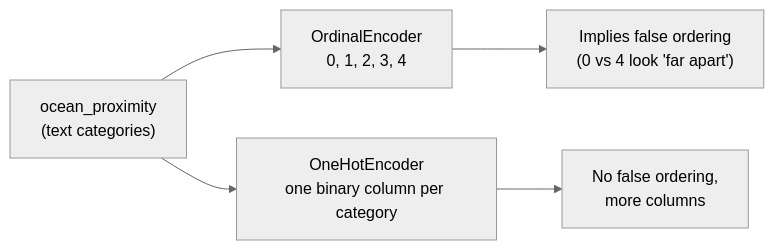
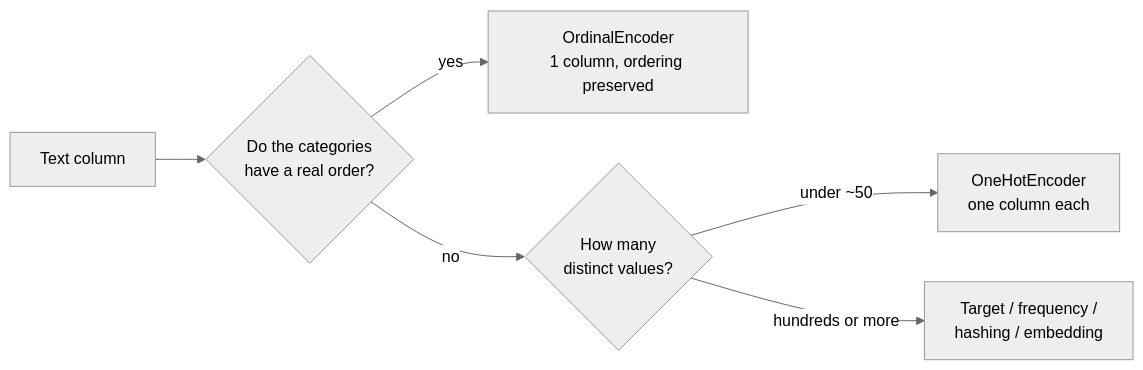
One commit to Ravikisha/PythonCentralHub changed the diagram in src/content/docs/Machine Learning/Phase 02 - Data Preprocessing & Feature Engineering/Handling Text & Categorical Attributes.mdx. Above: the diagram before and after it, drawn with Mermaid (neutral theme). The commit also changed other lines of this file and 1327 other files, not shown here.

````diff
--- a/src/content/docs/Machine Learning/Phase 02 - Data Preprocessing & Feature Engineering/Handling Text & Categorical Attributes.mdx
+++ b/src/content/docs/Machine Learning/Phase 02 - Data Preprocessing & Feature Engineering/Handling Text & Categorical Attributes.mdx
@@ -70,7 +31,8 @@
-```mermaid title="Ordinal vs. one-hot encoding" desc="Same categorical column, two very different numeric representations."
+```mermaid
 flowchart LR
-  A["ocean_proximity<br/>(text categories)"] --> B["OrdinalEncoder<br/>0, 1, 2, 3, 4"]
-  A --> C["OneHotEncoder<br/>one binary column per category"]
-  B --> D["Implies false ordering<br/>(0 vs 4 look 'far apart')"]
-  C --> E["No false ordering,<br/>more columns"]
+  T["Text column"] --> Q{"Do the categories<br/>have a real order?"}
+  Q -->|yes| O["OrdinalEncoder<br/>1 column, ordering preserved"]
+  Q -->|no| C{"How many<br/>distinct values?"}
+  C -->|"under ~50"| H["OneHotEncoder<br/>one column each"]
+  C -->|"hundreds or more"| A["Target / frequency /<br/>hashing / embedding"]
 ```
````
